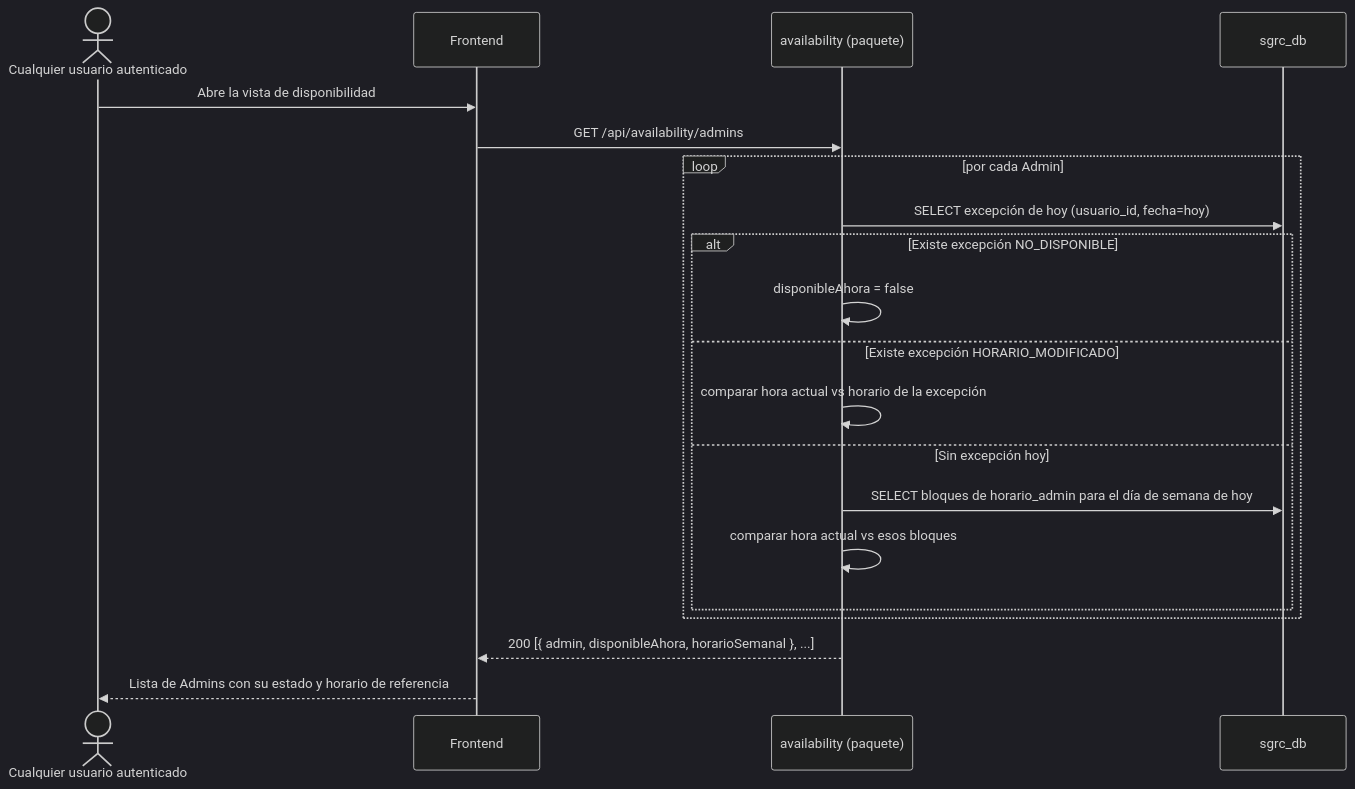
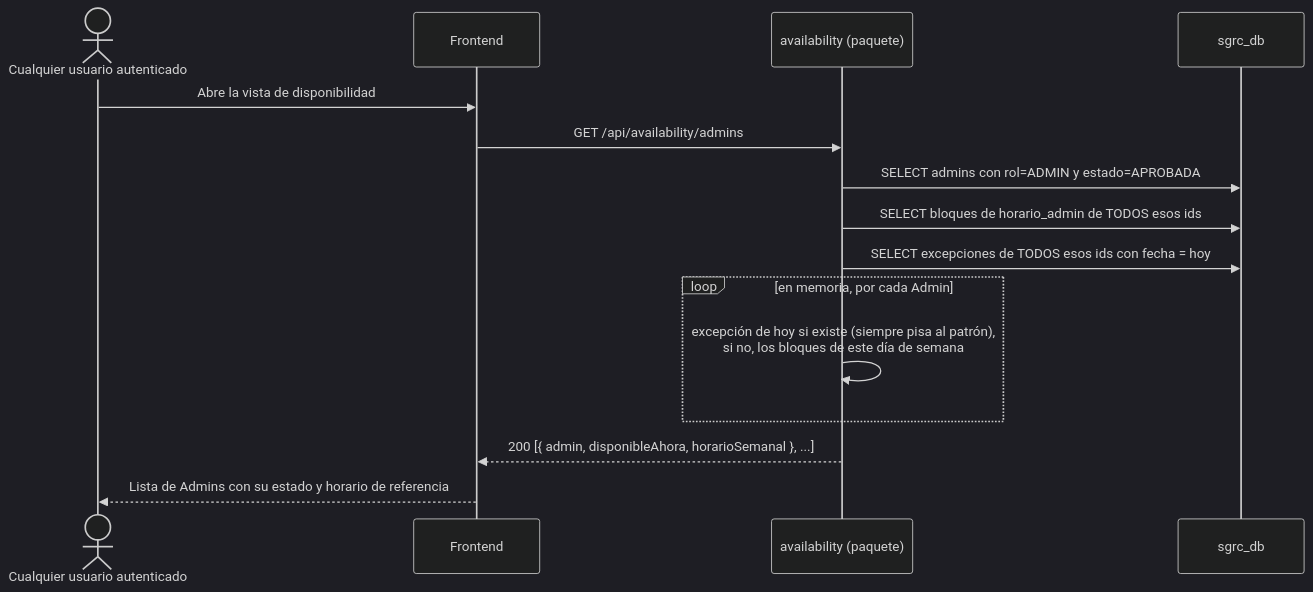
One commit to agustin-y2k/sgrc changed diagram 14 of 14 in docs/04-diagramas-secuencia.md. Above: the diagram before and after it, drawn with Mermaid (dark theme). The commit also changed other lines of this file and 57 other files, not shown here.

````diff
--- a/docs/04-diagramas-secuencia.md
+++ b/docs/04-diagramas-secuencia.md
@@ -399,23 +475,18 @@
 ```mermaid
 sequenceDiagram
     actor U as Cualquier usuario autenticado
     participant FE as Frontend
     participant AVAIL as availability (paquete)
     participant DB as sgrc_db
 
     U->>FE: Abre la vista de disponibilidad
     FE->>AVAIL: GET /api/availability/admins
-    loop por cada Admin
-        AVAIL->>DB: SELECT excepción de hoy (usuario_id, fecha=hoy)
-        alt Existe excepción NO_DISPONIBLE
-            AVAIL->>AVAIL: disponibleAhora = false
-        else Existe excepción HORARIO_MODIFICADO
-            AVAIL->>AVAIL: comparar hora actual vs horario de la excepción
-        else Sin excepción hoy
-            AVAIL->>DB: SELECT bloques de horario_admin para el día de semana de hoy
-            AVAIL->>AVAIL: comparar hora actual vs esos bloques
-        end
+    AVAIL->>DB: SELECT admins con rol=ADMIN y estado=APROBADA
+    AVAIL->>DB: SELECT bloques de horario_admin de TODOS esos ids
+    AVAIL->>DB: SELECT excepciones de TODOS esos ids con fecha = hoy
+    loop en memoria, por cada Admin
+        AVAIL->>AVAIL: excepción de hoy si existe (siempre pisa al patrón),<br/>si no, los bloques de este día de semana
     end
     AVAIL-->>FE: 200 [{ admin, disponibleAhora, horarioSemanal }, ...]
     FE-->>U: Lista de Admins con su estado y horario de referencia
 ```
````
